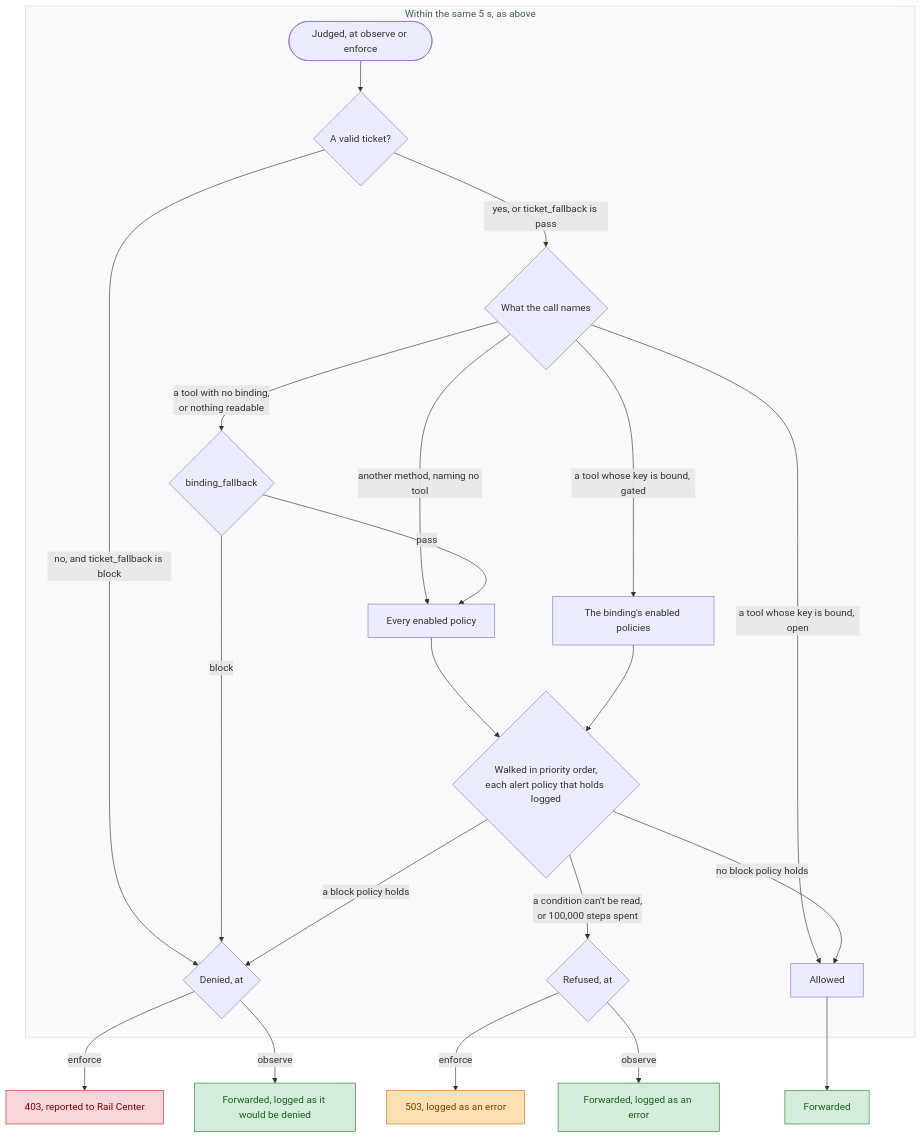
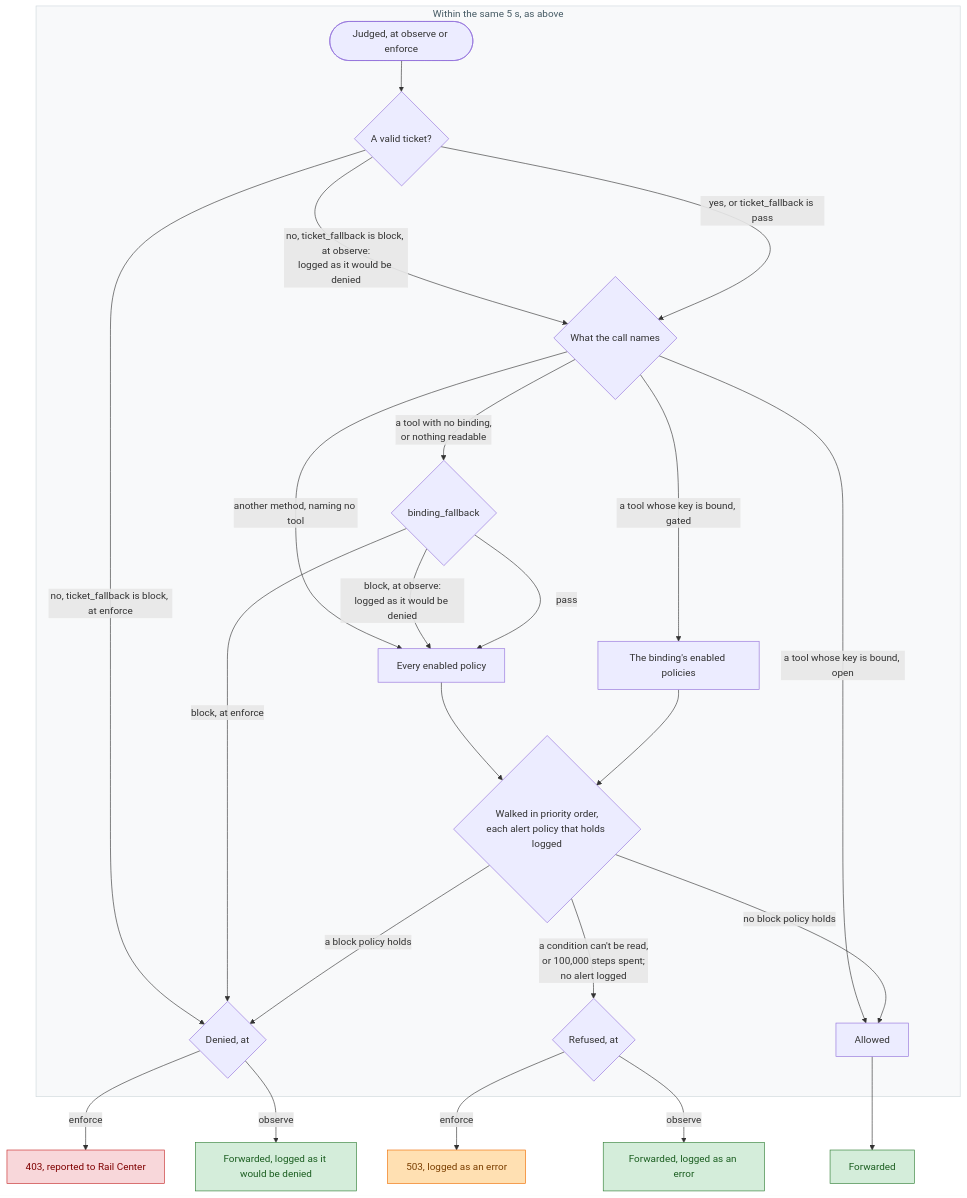
One commit to datrail/railguard changed the fourth of 4 diagrams in GATEWAY.md. Above: the diagram before and after it, drawn with Mermaid. The commit also changed other lines of this file, not shown here.

Commit message:
DR-285: GATEWAY.md's review: Envoy's two unjudged paths, the observe fallbacks, and the slot wait

````diff
--- a/GATEWAY.md
+++ b/GATEWAY.md
@@ -114,46 +120,48 @@
 ```mermaid
 flowchart TD
   subgraph deadline["Within the same 5 s, as above"]
     start([Judged, at observe or enforce])
     ticket{"A valid ticket?"}
     endpoint{"What the call names"}
     bf{binding_fallback}
     chain["Every enabled policy"]
     bound["The binding's enabled policies"]
     walk{"Walked in priority order,<br>each alert policy that holds logged"}
     deny{"Denied, at"}
     refused{"Refused, at"}
     allow[Allowed]
   end
   r1["403, reported to Rail Center"]:::denied
   f1["Forwarded, logged as it would be denied"]:::forwarded
   r2["503, logged as an error"]:::cannotApply
   f2["Forwarded, logged as an error"]:::forwarded
   f3[Forwarded]:::forwarded
 
   start --> ticket
-  ticket -->|"no, and ticket_fallback is block"| deny
+  ticket -->|"no, ticket_fallback is block, at enforce"| deny
+  ticket -->|"no, ticket_fallback is block, at observe:<br>logged as it would be denied"| endpoint
   ticket -->|"yes, or ticket_fallback is pass"| endpoint
   endpoint -->|"another method, naming no tool"| chain
   endpoint -->|"a tool whose key is bound, gated"| bound
   endpoint -->|"a tool whose key is bound, open"| allow
   endpoint -->|"a tool with no binding,<br>or nothing readable"| bf
-  bf -->|block| deny
+  bf -->|"block, at enforce"| deny
+  bf -->|"block, at observe:<br>logged as it would be denied"| chain
   bf -->|pass| chain
   chain --> walk
   bound --> walk
   walk -->|"a block policy holds"| deny
-  walk -->|"a condition can't be read,<br>or 100,000 steps spent"| refused
+  walk -->|"a condition can't be read,<br>or 100,000 steps spent;<br>no alert logged"| refused
   walk -->|"no block policy holds"| allow
   deny -->|enforce| r1
   deny -->|observe| f1
   refused -->|enforce| r2
   refused -->|observe| f2
   allow --> f3
 
   style deadline fill:#f8f9fa,stroke:#cfd8dc,color:#455a64
 
   classDef forwarded fill:#d4edda,stroke:#2e7d32,color:#1b5e20
   classDef denied fill:#f8d7da,stroke:#c62828,color:#7f0000
   classDef cannotApply fill:#ffe0b2,stroke:#ef6c00,color:#7a3e00
 ```
````
